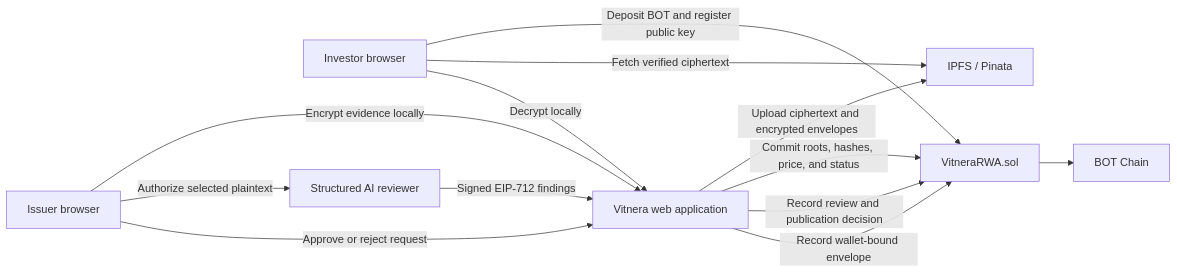
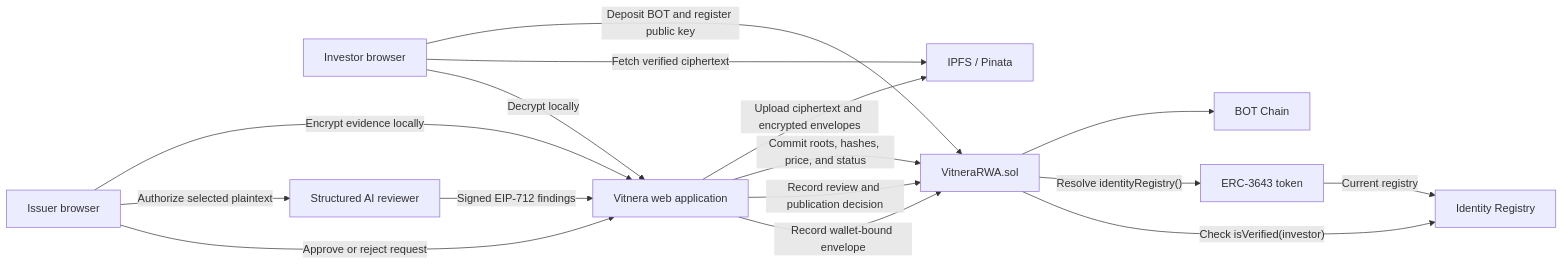
One commit to Ololadestephen/vitnera changed the diagram in README.md. Above: the diagram before and after it, drawn with Mermaid. The commit also changed other lines of this file and 13 other files, not shown here.

````diff
--- a/README.md
+++ b/README.md
@@ -70,25 +102,30 @@
 ```mermaid
 flowchart LR
     Issuer["Issuer browser"]
     Investor["Investor browser"]
     Web["Vitnera web application"]
     Storage["IPFS / Pinata"]
     Reviewer["Structured AI reviewer"]
     Contract["VitneraRWA.sol"]
+    Token["ERC-3643 token"]
+    Registry["Identity Registry"]
     Chain["BOT Chain"]
 
     Issuer -->|"Encrypt evidence locally"| Web
     Web -->|"Upload ciphertext and encrypted envelopes"| Storage
     Web -->|"Commit roots, hashes, price, and status"| Contract
     Contract --> Chain
 
     Issuer -->|"Authorize selected plaintext"| Reviewer
     Reviewer -->|"Signed EIP-712 findings"| Web
     Web -->|"Record review and publication decision"| Contract
 
     Investor -->|"Deposit BOT and register public key"| Contract
+    Contract -->|"Resolve identityRegistry()"| Token
+    Contract -->|"Check isVerified(investor)"| Registry
+    Token -->|"Current registry"| Registry
     Issuer -->|"Approve or reject request"| Web
     Web -->|"Record wallet-bound envelope"| Contract
     Investor -->|"Fetch verified ciphertext"| Storage
     Investor -->|"Decrypt locally"| Web
 ```
````
